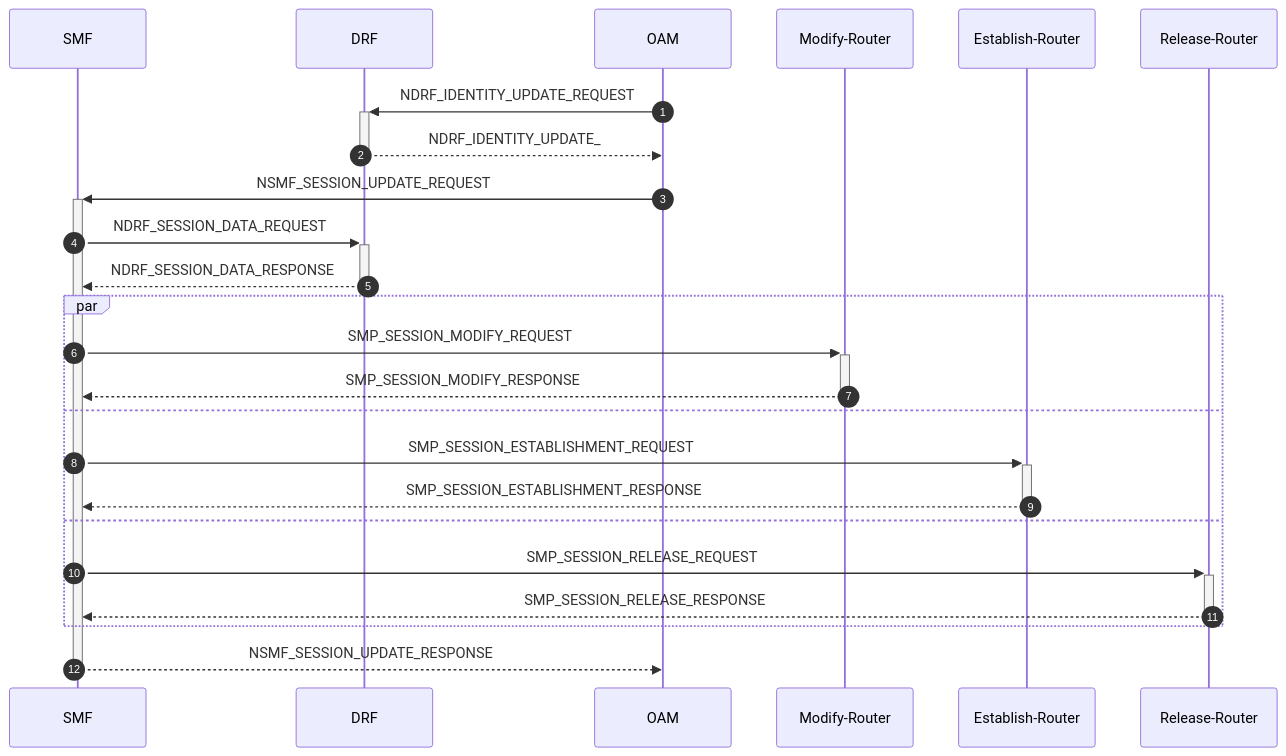
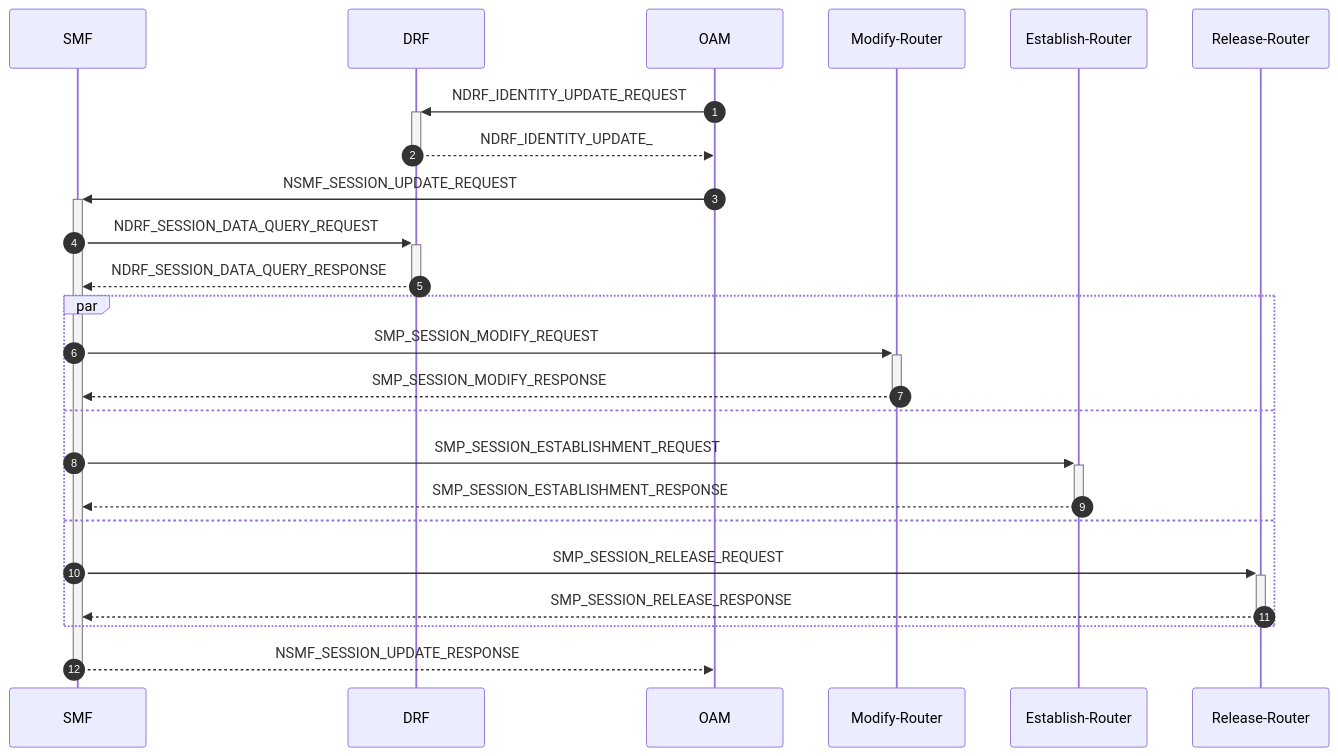
Before and after one commit to veil-link/veilink: diagram 12 of 23 in doc/doc-spec/00-series-general/00.002-procedure.md, drawn with Mermaid. The commit also changed other lines of this file and 2 other files, not shown here.

````diff
--- a/doc/doc-spec/00-series-general/00.002-procedure.md
+++ b/doc/doc-spec/00-series-general/00.002-procedure.md
@@ -281,28 +279,28 @@
 ```mermaid
 sequenceDiagram
     autonumber
 
     participant smf as SMF
     participant drf as DRF
     participant oam as OAM
     participant mrt as Modify-Router
     participant ert as Establish-Router
     participant rrt as Release-Router
 
     oam ->>+ drf: NDRF_IDENTITY_UPDATE_REQUEST
     drf -->>- oam: NDRF_IDENTITY_UPDATE_
     oam ->>+ smf: NSMF_SESSION_UPDATE_REQUEST
-    smf ->>+ drf: NDRF_SESSION_DATA_REQUEST
-    drf -->>- smf: NDRF_SESSION_DATA_RESPONSE
+    smf ->>+ drf: NDRF_SESSION_DATA_QUERY_REQUEST
+    drf -->>- smf: NDRF_SESSION_DATA_QUERY_RESPONSE
     par
         smf ->>+ mrt: SMP_SESSION_MODIFY_REQUEST
         mrt -->>- smf: SMP_SESSION_MODIFY_RESPONSE
     and
         smf ->>+ ert: SMP_SESSION_ESTABLISHMENT_REQUEST
         ert -->>- smf: SMP_SESSION_ESTABLISHMENT_RESPONSE
     and
         smf ->>+ rrt: SMP_SESSION_RELEASE_REQUEST
         rrt -->>- smf: SMP_SESSION_RELEASE_RESPONSE
     end
     smf -->>- oam: NSMF_SESSION_UPDATE_RESPONSE
 ```
````
